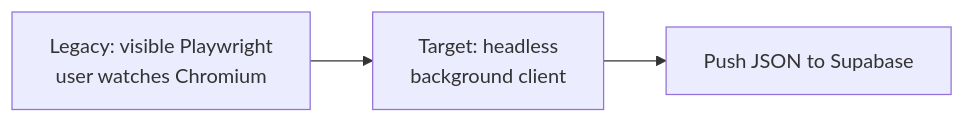
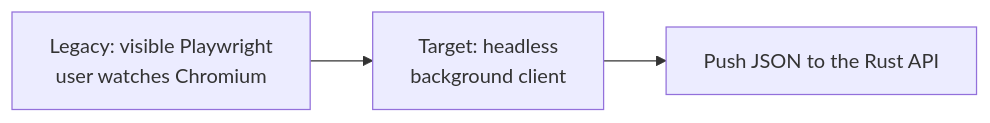
Before and after one commit to PyTorchPH/pytorchph.github.io: the second of 3 diagrams in docs/CLIENT-SCRAPING.md, drawn with Mermaid. The commit also changed other lines of this file and 25 other files, not shown here.

Commit message:
docs: describe the Rust API instead of Supabase

````diff
--- a/docs/CLIENT-SCRAPING.md
+++ b/docs/CLIENT-SCRAPING.md
@@ -63,5 +63,5 @@
 ```mermaid
 flowchart LR
     A[Legacy: visible Playwright<br/>user watches Chromium] --> B[Target: headless<br/>background client]
-    B --> C[Push JSON to Supabase]
+    B --> C[Push JSON to the Rust API]
 ```
````
